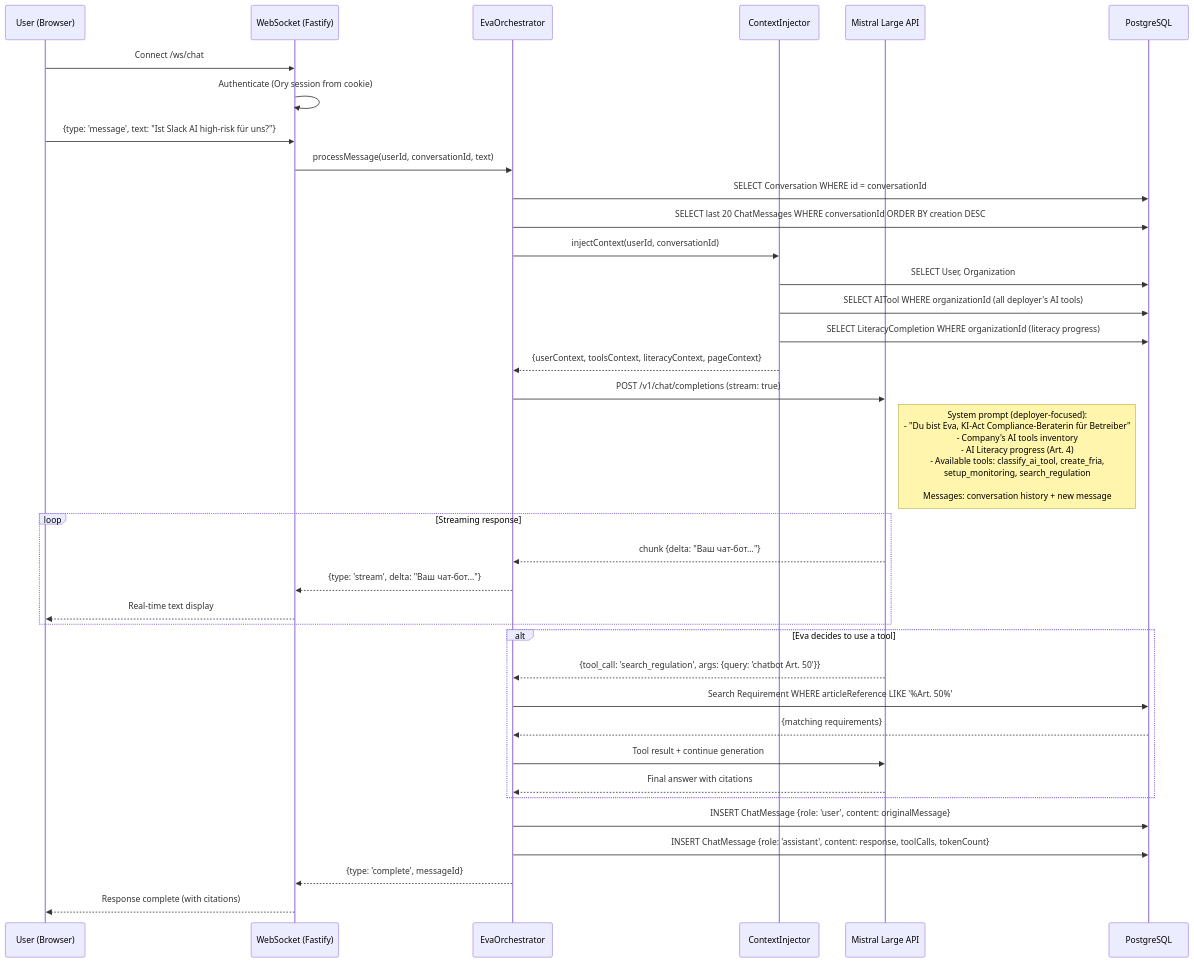
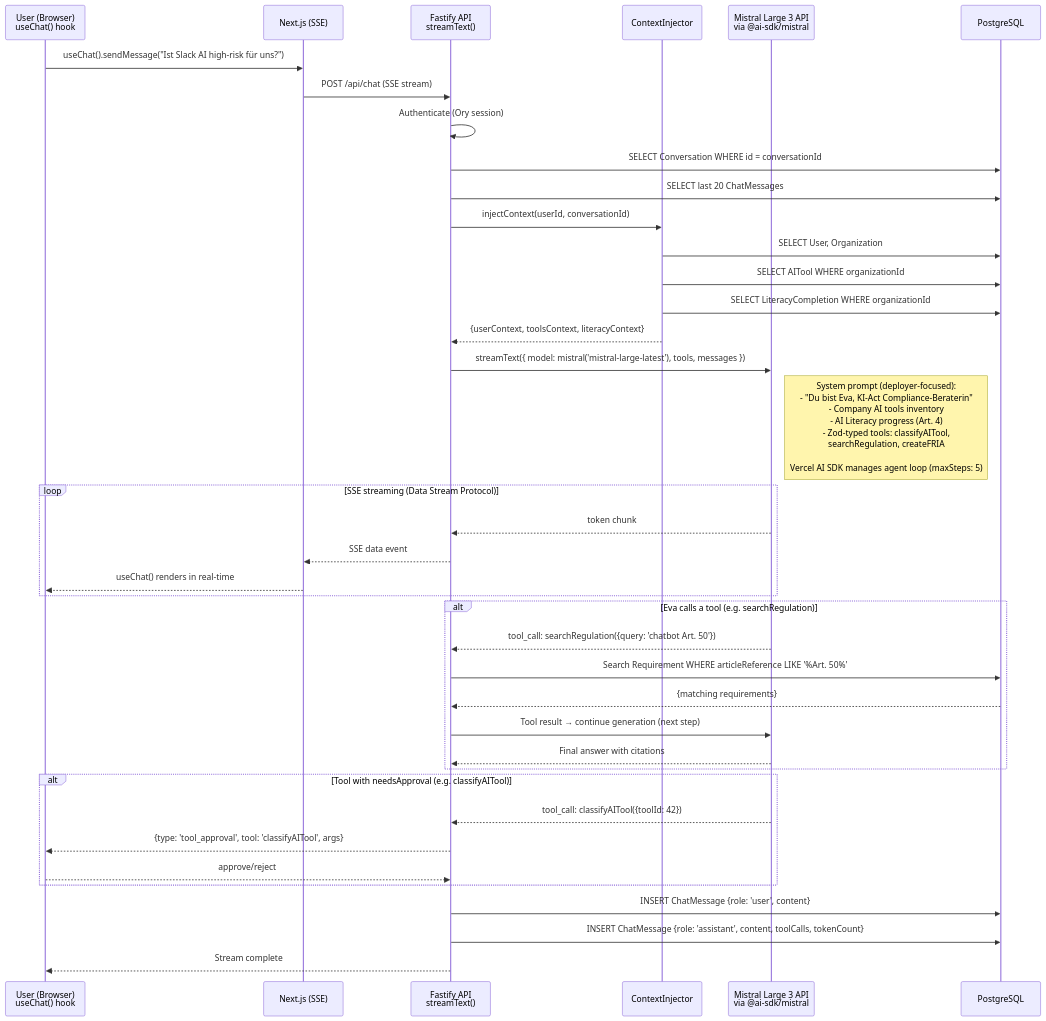
The fourth of 14 diagrams in docs/DATA-FLOWS.md (complior/complior), drawn with Mermaid before and after one commit. The commit also changed other lines of this file and 14 other files, not shown here.

````diff
--- a/docs/DATA-FLOWS.md
+++ b/docs/DATA-FLOWS.md
@@ -189,47 +191,49 @@
 ```mermaid
 sequenceDiagram
-    participant User as User (Browser)
-    participant WS as WebSocket (Fastify)
-    participant Eva as EvaOrchestrator
+    participant User as User (Browser)<br/>useChat() hook
+    participant Next as Next.js (SSE)
+    participant API as Fastify API<br/>streamText()
     participant Context as ContextInjector
-    participant LLM as Mistral Large API
+    participant LLM as Mistral Large 3 API<br/>via @ai-sdk/mistral
     participant DB as PostgreSQL
 
-    User->>WS: Connect /ws/chat
-    WS->>WS: Authenticate (Ory session from cookie)
+    User->>Next: useChat().sendMessage("Ist Slack AI high-risk für uns?")
+    Next->>API: POST /api/chat (SSE stream)
+    API->>API: Authenticate (Ory session)
 
-    User->>WS: {type: 'message', text: "Ist Slack AI high-risk für uns?"}
+    API->>DB: SELECT Conversation WHERE id = conversationId
+    API->>DB: SELECT last 20 ChatMessages
 
-    WS->>Eva: processMessage(userId, conversationId, text)
+    API->>Context: injectContext(userId, conversationId)
+    Context->>DB: SELECT User, Organization
+    Context->>DB: SELECT AITool WHERE organizationId
+    Context->>DB: SELECT LiteracyCompletion WHERE organizationId
+    Context-->>API: {userContext, toolsContext, literacyContext}
 
-    Eva->>DB: SELECT Conversation WHERE id = conversationId
-    Eva->>DB: SELECT last 20 ChatMessages WHERE conversationId ORDER BY creation DESC
+    API->>LLM: streamText({ model: mistral('mistral-large-latest'), tools, messages })
+    Note right of LLM: System prompt (deployer-focused):<br/>- "Du bist Eva, KI-Act Compliance-Beraterin"<br/>- Company AI tools inventory<br/>- AI Literacy progress (Art. 4)<br/>- Zod-typed tools: classifyAITool,<br/>  searchRegulation, createFRIA<br/><br/>Vercel AI SDK manages agent loop (maxSteps: 5)
 
-    Eva->>Context: injectContext(userId, conversationId)
-    Context->>DB: SELECT User, Organization
-    Context->>DB: SELECT AITool WHERE organizationId (all deployer's AI tools)
-    Context->>DB: SELECT LiteracyCompletion WHERE organizationId (literacy progress)
-    Context-->>Eva: {userContext, toolsContext, literacyContext, pageContext}
-
-    Eva->>LLM: POST /v1/chat/completions (stream: true)
-    Note right of LLM: System prompt (deployer-focused):<br/>- "Du bist Eva, KI-Act Compliance-Beraterin für Betreiber"<br/>- Company's AI tools inventory<br/>- AI Literacy progress (Art. 4)<br/>- Available tools: classify_ai_tool, create_fria,<br/>  setup_monitoring, search_regulation<br/><br/>Messages: conversation history + new message
-
-    loop Streaming response
-        LLM-->>Eva: chunk {delta: "Ваш чат-бот..."}
-        Eva-->>WS: {type: 'stream', delta: "Ваш чат-бот..."}
-        WS-->>User: Real-time text display
+    loop SSE streaming (Data Stream Protocol)
+        LLM-->>API: token chunk
+        API-->>Next: SSE data event
+        Next-->>User: useChat() renders in real-time
     end
 
-    alt Eva decides to use a tool
-        LLM-->>Eva: {tool_call: 'search_regulation', args: {query: 'chatbot Art. 50'}}
-        Eva->>DB: Search Requirement WHERE articleReference LIKE '%Art. 50%'
-        DB-->>Eva: {matching requirements}
-        Eva->>LLM: Tool result + continue generation
-        LLM-->>Eva: Final answer with citations
+    alt Eva calls a tool (e.g. searchRegulation)
+        LLM-->>API: tool_call: searchRegulation({query: 'chatbot Art. 50'})
+        API->>DB: Search Requirement WHERE articleReference LIKE '%Art. 50%'
+        DB-->>API: {matching requirements}
+        API->>LLM: Tool result → continue generation (next step)
+        LLM-->>API: Final answer with citations
     end
 
-    Eva->>DB: INSERT ChatMessage {role: 'user', content: originalMessage}
-    Eva->>DB: INSERT ChatMessage {role: 'assistant', content: response, toolCalls, tokenCount}
-    Eva-->>WS: {type: 'complete', messageId}
-    WS-->>User: Response complete (with citations)
+    alt Tool with needsApproval (e.g. classifyAITool)
+        LLM-->>API: tool_call: classifyAITool({toolId: 42})
+        API-->>User: {type: 'tool_approval', tool: 'classifyAITool', args}
+        User-->>API: approve/reject
+    end
+
+    API->>DB: INSERT ChatMessage {role: 'user', content}
+    API->>DB: INSERT ChatMessage {role: 'assistant', content, toolCalls, tokenCount}
+    API-->>User: Stream complete
 ```
````
